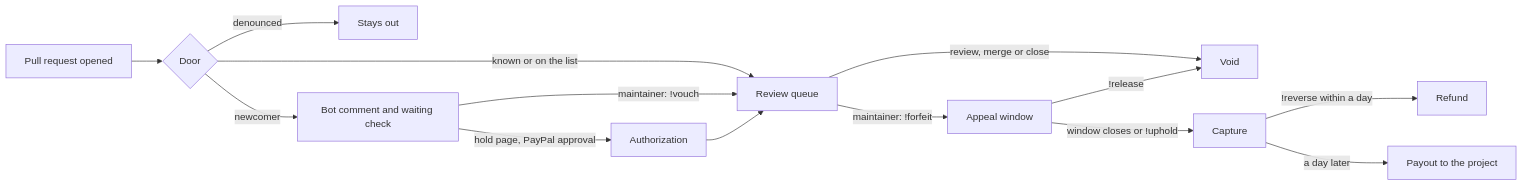
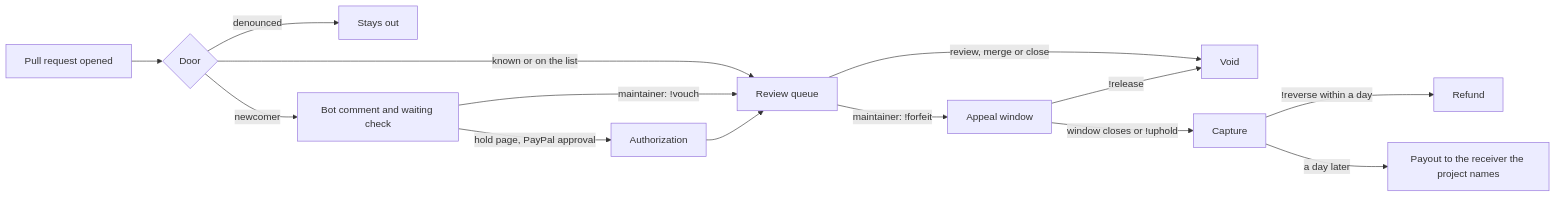
One commit to leejpsd/goodfaith changed the diagram in README.md. Above: the diagram before and after it, drawn with Mermaid. The commit also changed 1 other file, not shown here.

Commit message:
Say where the demo's forfeits go

````diff
--- a/README.md
+++ b/README.md
@@ -141,16 +141,16 @@
 ```mermaid
 flowchart LR
   PR[Pull request opened] --> Door{Door}
   Door -->|known or on the list| Review[Review queue]
   Door -->|denounced| Closed[Stays out]
   Door -->|newcomer| Gate[Bot comment and waiting check]
   Gate -->|maintainer: !vouch| Review
   Gate -->|hold page, PayPal approval| Held[Authorization]
   Held --> Review
   Review -->|review, merge or close| Void[Void]
   Review -->|maintainer: !forfeit| Appeal[Appeal window]
   Appeal -->|!release| Void
   Appeal -->|window closes or !uphold| Capture[Capture]
   Capture -->|!reverse within a day| Refund[Refund]
-  Capture -->|a day later| Payout[Payout to the project]
+  Capture -->|a day later| Payout[Payout to the receiver the project names]
 ```
````
